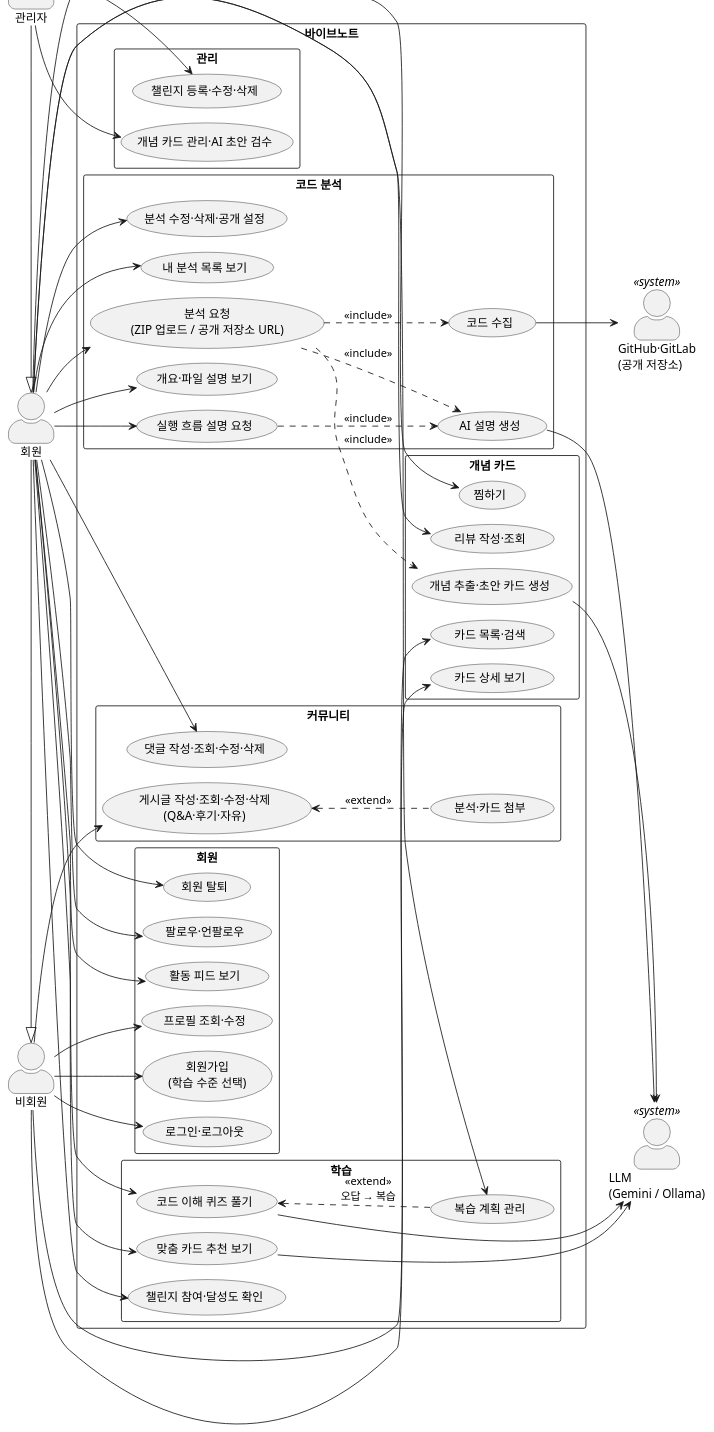
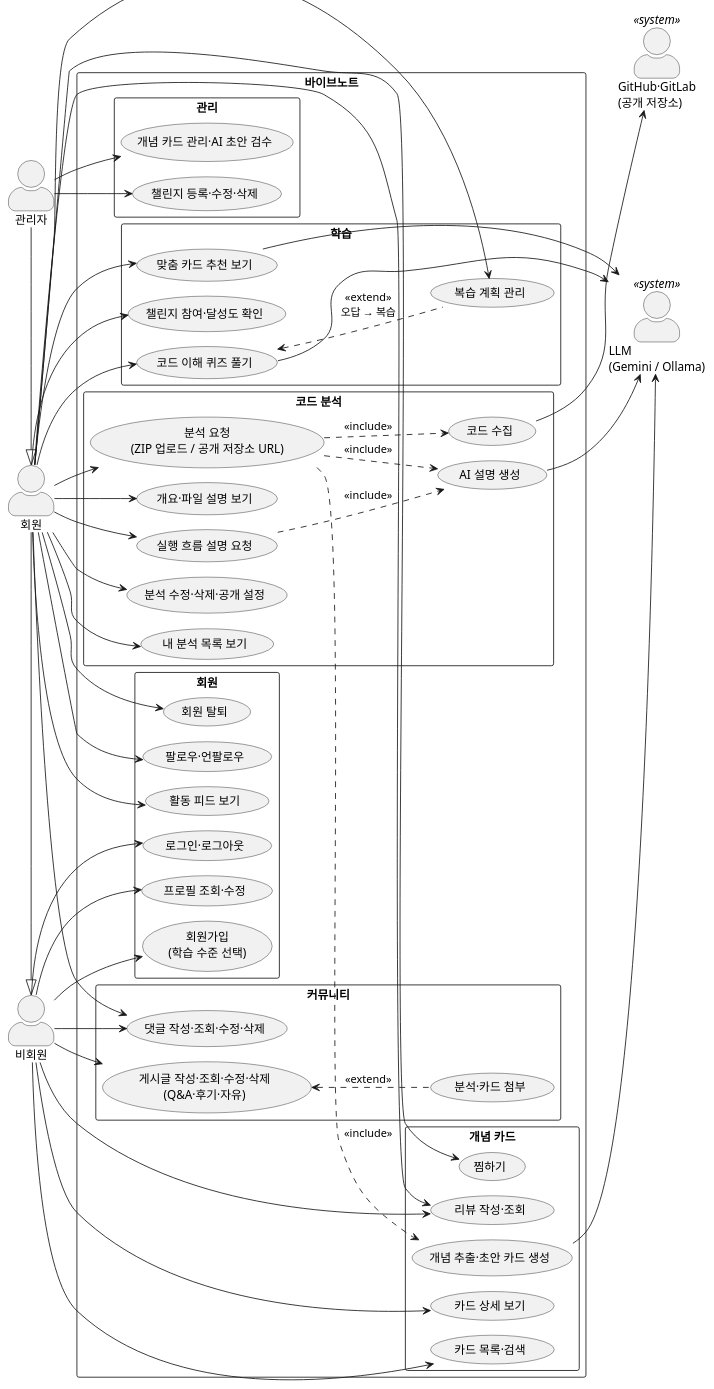
One commit to whans1996/final changed the diagram in docs/산출물/diagrams/usecase.puml. Above: the diagram before and after it, drawn with PlantUML. The commit also changed 4 other files, not shown here.

```diff
--- a/docs/산출물/diagrams/usecase.puml
+++ b/docs/산출물/diagrams/usecase.puml
@@ -1,103 +1,105 @@
 @startuml usecase
 ' 바이브노트 Use-Case Diagram (소스). 렌더링 명령은 02-유스케이스.md 머리에 있다 → docs/산출물/diagrams/usecase.png
 ' smetana 배치 엔진이라 Graphviz 없이 JDK만으로 렌더링된다
 !pragma layout smetana
 left to right direction
 skinparam packageStyle rectangle
 skinparam actorStyle awesome
 
 actor "비회원" as Guest
 actor "회원" as Member
 actor "관리자" as Admin
 actor "LLM\n(Gemini / Ollama)" as LLM <<system>>
 actor "GitHub·GitLab\n(공개 저장소)" as Repo <<system>>
 
 Member -|> Guest
 Admin -|> Member
 
 rectangle "바이브노트" {
   package "회원" {
     usecase "회원가입\n(학습 수준 선택)" as UC01
     usecase "로그인·로그아웃" as UC02
     usecase "프로필 조회·수정" as UC03
     usecase "회원 탈퇴" as UC04
     usecase "팔로우·언팔로우" as UC05
     usecase "활동 피드 보기" as UC06
   }
 
   package "코드 분석" {
     usecase "분석 요청\n(ZIP 업로드 / 공개 저장소 URL)" as UC10
     usecase "개요·파일 설명 보기" as UC11
     usecase "실행 흐름 설명 요청" as UC12
     usecase "분석 수정·삭제·공개 설정" as UC13
     usecase "코드 수집" as UC14
     usecase "AI 설명 생성" as UC15
     usecase "내 분석 목록 보기" as UC16
   }
 
   package "개념 카드" {
     usecase "카드 목록·검색" as UC20
     usecase "카드 상세 보기" as UC21
     usecase "리뷰 작성·조회" as UC22
     usecase "찜하기" as UC23
     usecase "개념 추출·초안 카드 생성" as UC24
   }
 
   package "학습" {
     usecase "코드 이해 퀴즈 풀기" as UC30
     usecase "복습 계획 관리" as UC31
     usecase "맞춤 카드 추천 보기" as UC32
     usecase "챌린지 참여·달성도 확인" as UC33
   }
 
   package "커뮤니티" {
     usecase "게시글 작성·조회·수정·삭제\n(Q&A·후기·자유)" as UC40
     usecase "댓글 작성·조회·수정·삭제" as UC41
     usecase "분석·카드 첨부" as UC42
   }
 
   package "관리" {
     usecase "개념 카드 관리·AI 초안 검수" as UC50
     usecase "챌린지 등록·수정·삭제" as UC51
   }
 }
 
 Guest --> UC01
 Guest --> UC02
 Guest --> UC20
 Guest --> UC03
 Guest --> UC21
+Guest --> UC22
+Guest --> UC41
 Guest --> UC40
 
 Member --> UC04
 Member --> UC05
 Member --> UC06
 Member --> UC10
 Member --> UC11
 Member --> UC12
 Member --> UC13
 Member --> UC16
 Member --> UC22
 Member --> UC23
 Member --> UC30
 Member --> UC31
 Member --> UC32
 Member --> UC33
 Member --> UC41
 
 Admin --> UC50
 Admin --> UC51
 
 UC10 ..> UC14 : <<include>>
 UC10 ..> UC15 : <<include>>
 UC10 ..> UC24 : <<include>>
 UC12 ..> UC15 : <<include>>
 UC40 <.. UC42 : <<extend>>
 UC30 <.. UC31 : <<extend>>\n오답 → 복습
 
 UC14 --> Repo
 UC15 --> LLM
 UC24 --> LLM
 UC30 --> LLM
 UC32 --> LLM
 @enduml
```
